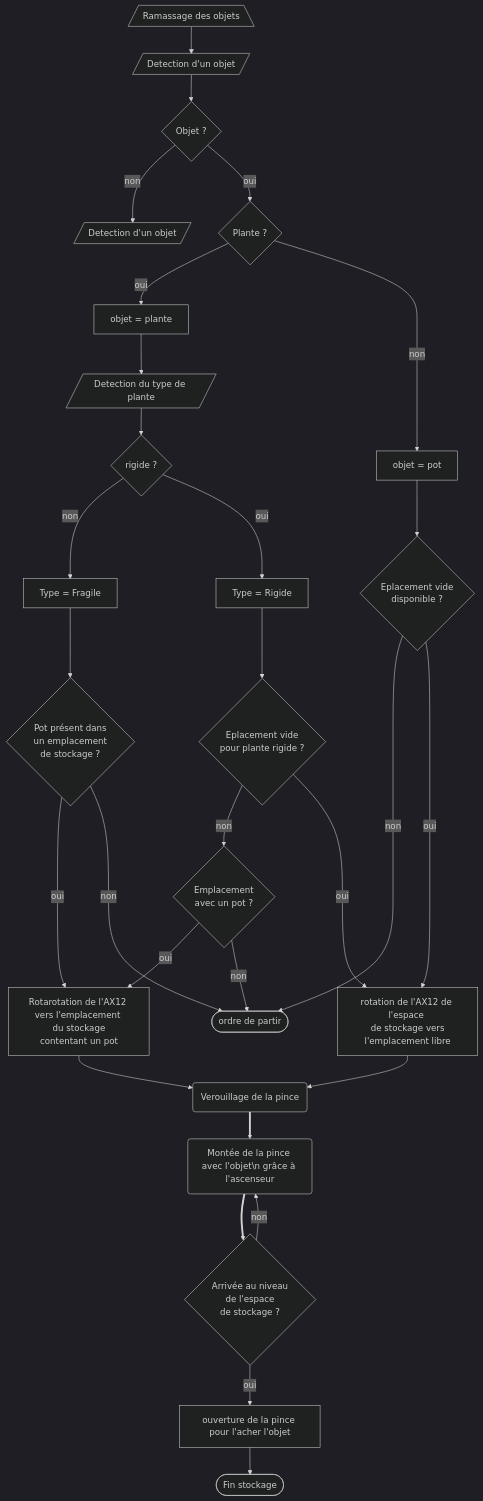
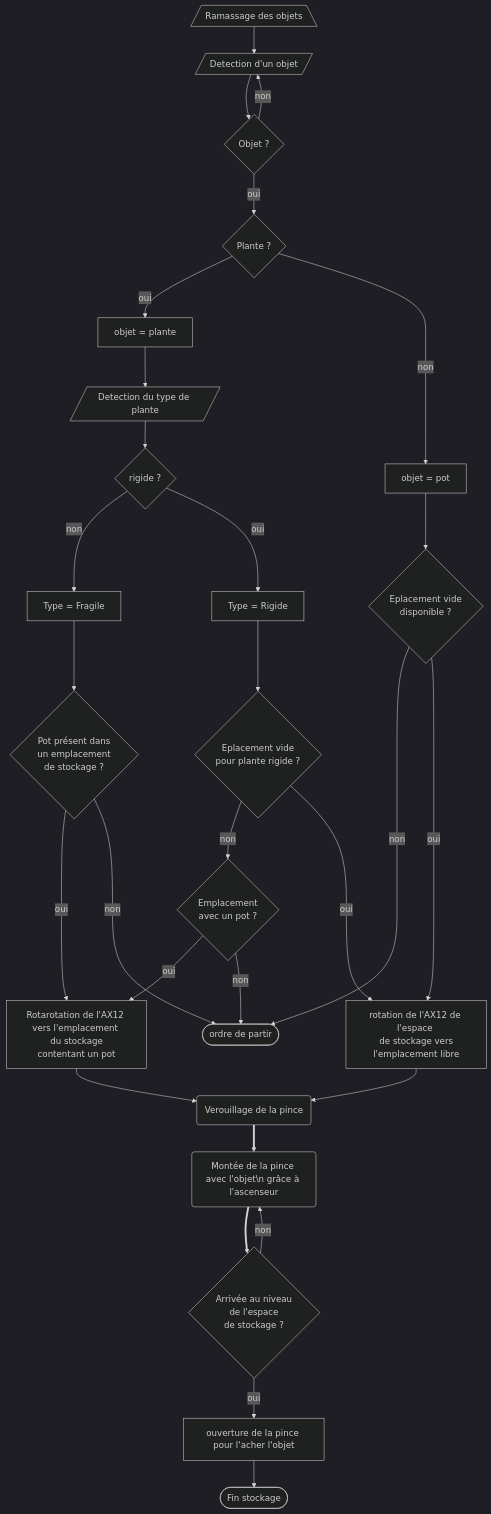
The diagram in 2A/Architecture/Architecture.md (AresEnsea/2324_Projet2A_AresCFR), drawn with Mermaid (dark theme) before and after one commit.

````diff
--- a/2A/Architecture/Architecture.md
+++ b/2A/Architecture/Architecture.md
@@ -3,34 +3,34 @@
 ```mermaid
 flowchart TD;
   DebutT[/"`Ramassage des objets`"\] -->Detect[/"`Detection d'un objet`"/]-->Objet{Objet ?};
-  Objet-->|non| Debut[/"`Detection d'un objet`"/];
+  Objet-->|non| Detect[/"`Detection d'un objet`"/];
   Objet-->|oui| Plante{Plante ?};
 
   Plante -->|oui| ObjetPlante["objet = plante"]-->rigide[/"`Detection du type de plante`"/];
   Plante -->|non| ObjetPot["objet = pot"];
 
   rigide-->Rigide{rigide ?};
   Rigide-->|non|TypeFragile["Type = Fragile"];
   Rigide-->|oui|typerigide["Type = Rigide"];
 
   TypeFragile-->Potpresent{Pot présent dans\n un emplacement \nde stockage ?};
   Potpresent--->|oui|AX12pot;
   Potpresent--->|non|Partir;
 
   typerigide-->Vide2{"Eplacement vide\n pour plante rigide ?"};
   Vide2-->|non| EmplacementPot{"Emplacement\n avec un pot ?"};
   Vide2-->|oui| AX12vide["rotation de l'AX12 de l'espace \n de stockage vers l'emplacement libre"] ;
   EmplacementPot-->|oui| AX12pot["Rotarotation de l'AX12 vers l'emplacement \n du stockage contentant un pot "];
   EmplacementPot-->|non| Partir;
   ObjetPot-->ObjetPot?{Eplacement vide\n disponible ?};
   ObjetPot?-->|non| Partir(["`ordre de partir`"]);
   ObjetPot?---->|oui| AX12vide;
   AX12vide-->VerouillagePince;
   AX12pot-->
   VerouillagePince("`Verouillage de la pince`")==>
   MontéPince("`Montée de la pince avec l'objet\n grâce à l'ascenseur `")==>
   Arrivee{"Arrivée au niveau \n de l'espace \nde stockage ?"};
   Arrivee-->|non| MontéPince;
   Arrivee-->|oui| Ouverture["ouverture de la pince pour l'acher l'objet"]-->
   Fin(["`Fin stockage`"]);
 ```
````
